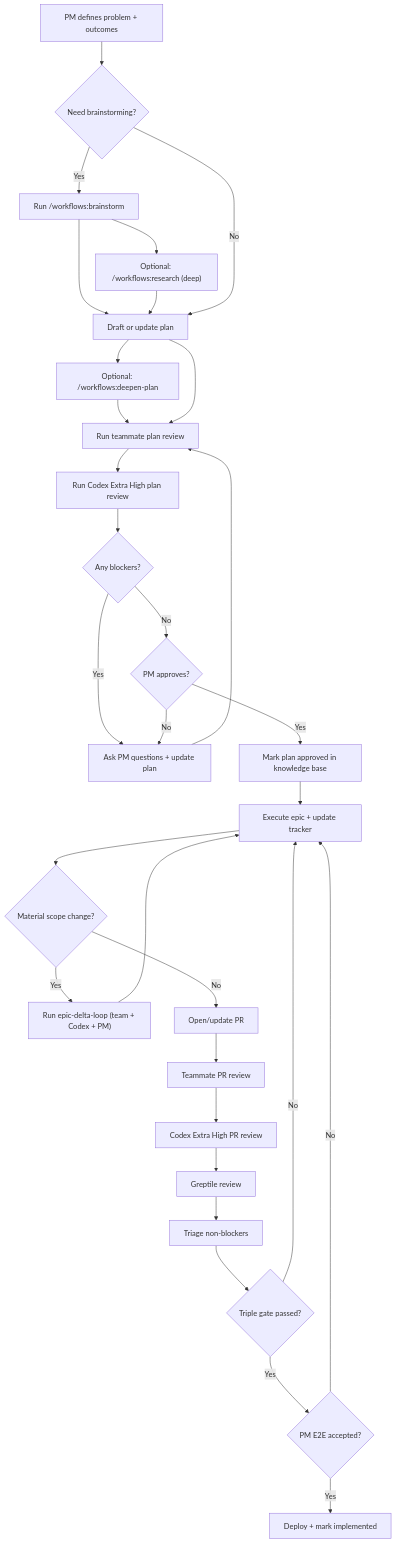
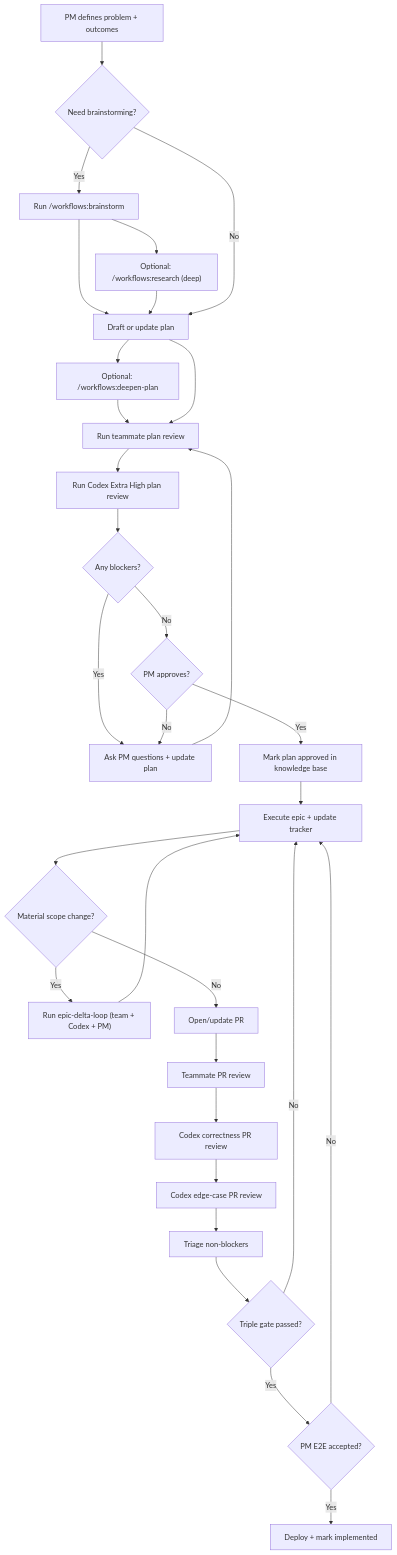
The second of 2 diagrams in templates/docs/process/sequence-diagram.md (adam-badar/compound-engineering-system), drawn with Mermaid before and after one commit. The commit also changed other lines of this file and 33 other files, not shown here.

Commit message:
feat: replace greptile with dual codex pr review

````diff
--- a/templates/docs/process/sequence-diagram.md
+++ b/templates/docs/process/sequence-diagram.md
@@ -83,33 +89,33 @@
 ```mermaid
 flowchart TD
     A["PM defines problem + outcomes"] --> A1{"Need brainstorming?"}
     A1 -- Yes --> A2["Run /workflows:brainstorm"]
     A2 --> B["Draft or update plan"]
     A2 --> A3["Optional: /workflows:research (deep)"]
     A3 --> B
     A1 -- No --> B
     B --> B1["Optional: /workflows:deepen-plan"]
     B1 --> C
     B --> C["Run teammate plan review"]
     C --> D["Run Codex Extra High plan review"]
     D --> E{"Any blockers?"}
     E -- Yes --> F["Ask PM questions + update plan"]
     F --> C
     E -- No --> G{"PM approves?"}
     G -- No --> F
     G -- Yes --> H["Mark plan approved in knowledge base"]
     H --> I["Execute epic + update tracker"]
     I --> J{"Material scope change?"}
     J -- Yes --> K["Run epic-delta-loop (team + Codex + PM)"]
     K --> I
     J -- No --> L["Open/update PR"]
     L --> M["Teammate PR review"]
-    M --> N["Codex Extra High PR review"]
-    N --> O["Greptile review"]
+    M --> N["Codex correctness PR review"]
+    N --> O["Codex edge-case PR review"]
     O --> O1["Triage non-blockers"]
     O1 --> P{"Triple gate passed?"}
     P -- No --> I
     P -- Yes --> Q{"PM E2E accepted?"}
     Q -- No --> I
     Q -- Yes --> R["Deploy + mark implemented"]
 ```
````
